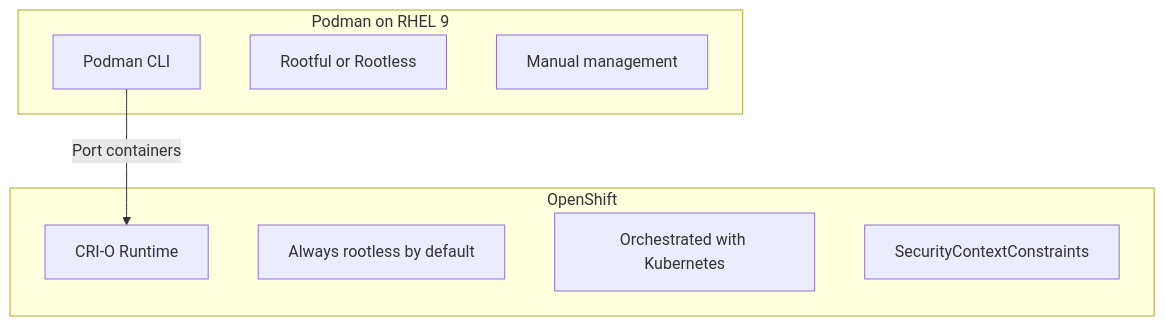
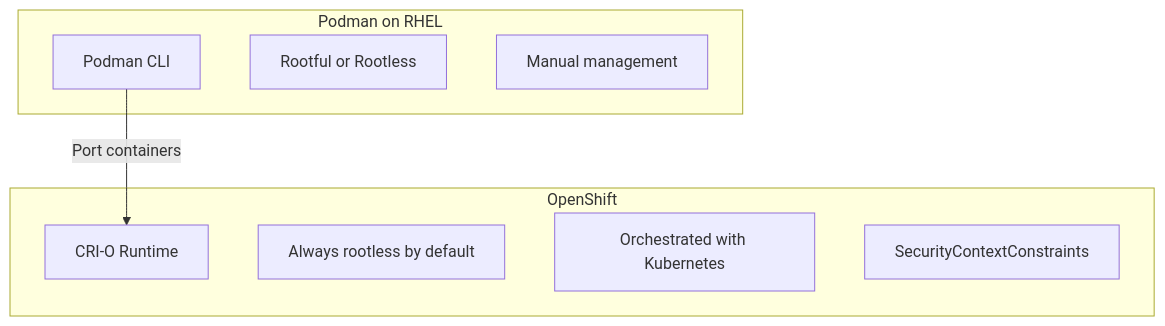
The diagram in posts/2026-03-04-port-podman-containers-openshift-rhel-9/README.md (OneUptime/blog), drawn with Mermaid before and after one commit. The commit also changed other lines of this file and 4866 other files, not shown here.

````diff
--- a/posts/2026-03-04-port-podman-containers-openshift-rhel-9/README.md
+++ b/posts/2026-03-04-port-podman-containers-openshift-rhel-9/README.md
@@ -15,15 +15,15 @@
 ```mermaid
 graph TB
-    subgraph "Podman on RHEL 9"
+    subgraph "Podman on RHEL"
         A[Podman CLI]
         B[Rootful or Rootless]
         C[Manual management]
     end
     subgraph "OpenShift"
         D[CRI-O Runtime]
         E[Always rootless by default]
         F[Orchestrated with Kubernetes]
         G[SecurityContextConstraints]
     end
     A -->|Port containers| D
 ```
````
